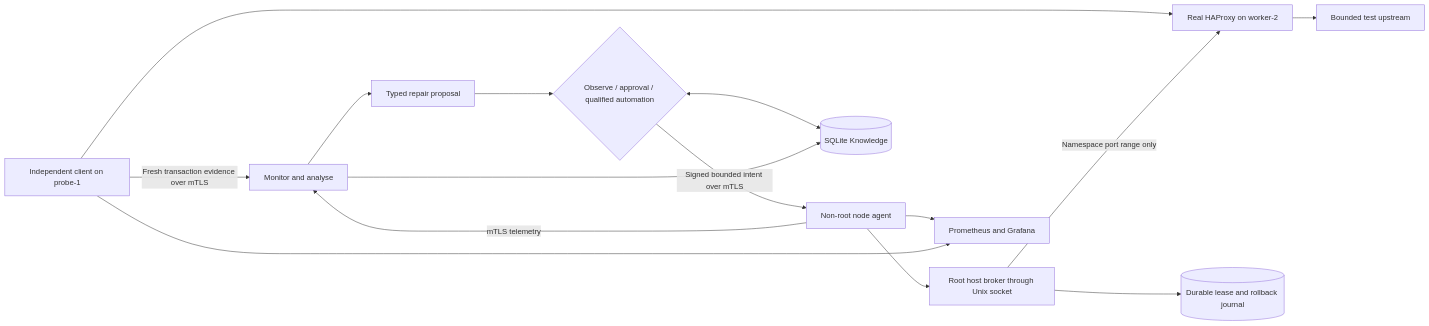
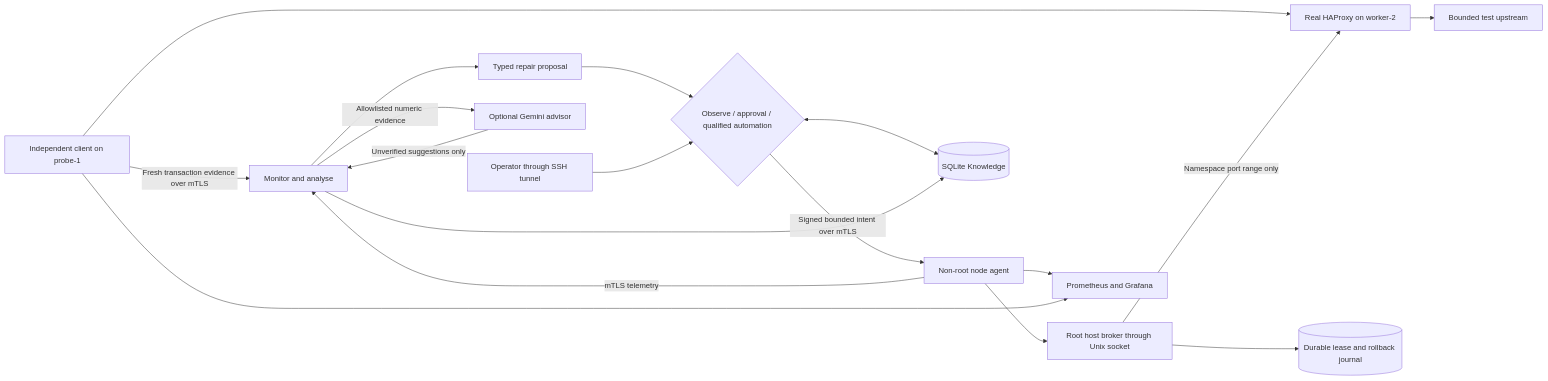
One commit to TusharShingrani/Self-healing-infrastructure changed the diagram in README.md. Above: the diagram before and after it, drawn with Mermaid. The commit also changed other lines of this file and 11 other files, not shown here.

````diff
--- a/README.md
+++ b/README.md
@@ -13,17 +13,20 @@
 ```mermaid
 flowchart LR
   Client[Independent client on probe-1] --> Gateway[Real HAProxy on worker-2]
   Gateway --> Upstream[Bounded test upstream]
   Client -->|Fresh transaction evidence over mTLS| Monitor[Monitor and analyse]
   Agent[Non-root node agent] -->|mTLS telemetry| Monitor
   Monitor --> Plan[Typed repair proposal]
   Plan --> Approval{Observe / approval / qualified automation}
   Approval -->|Signed bounded intent over mTLS| Agent
   Agent --> Broker[Root host broker through Unix socket]
   Broker -->|Namespace port range only| Gateway
   Broker --> Journal[(Durable lease and rollback journal)]
   Approval <--> Knowledge[(SQLite Knowledge)]
   Monitor --> Knowledge
   Agent --> Prometheus[Prometheus and Grafana]
   Client --> Prometheus
+  Operator[Operator through SSH tunnel] --> Approval
+  Monitor -->|Allowlisted numeric evidence| Advisor[Optional Gemini advisor]
+  Advisor -->|Unverified suggestions only| Monitor
 ```
````
